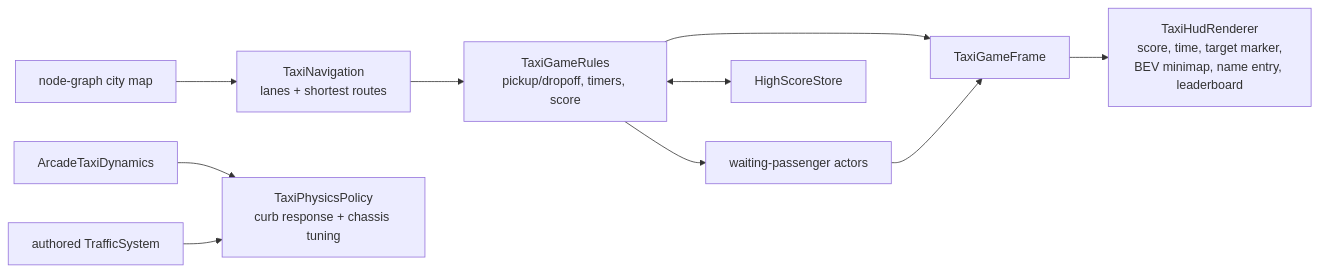
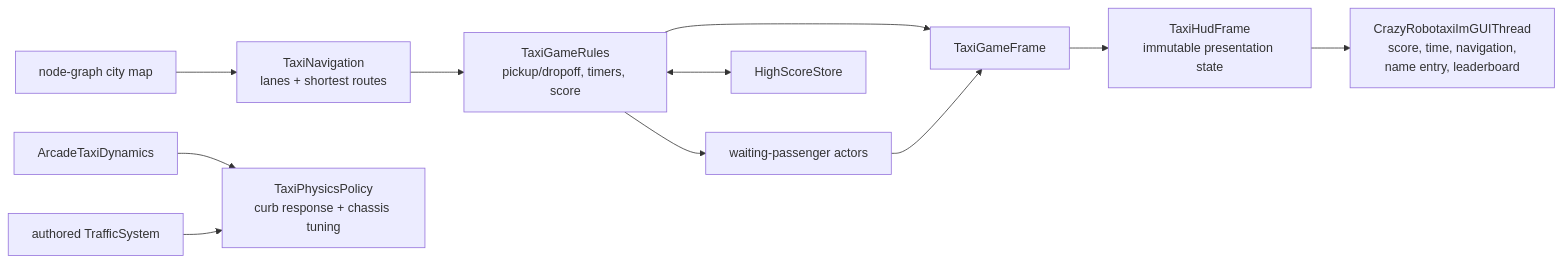
One commit to NVIDIA/flashdreams changed the fourth of 5 diagrams in docs/design/crazy_robotaxi_v2_architecture.md. Above: the diagram before and after it, drawn with Mermaid. The commit also changed other lines of this file and 15 other files, not shown here.

Commit message:
Move Crazy Robotaxi HUD to V2 ImGui UI

````diff
--- a/docs/design/crazy_robotaxi_v2_architecture.md
+++ b/docs/design/crazy_robotaxi_v2_architecture.md
@@ -190,21 +201,22 @@
 ```mermaid
 flowchart LR
     MAP["node-graph city map"]
     NAV["TaxiNavigation<br/>lanes + shortest routes"]
     FARES["TaxiGameRules<br/>pickup/dropoff, timers, score"]
     TAXI["ArcadeTaxiDynamics"]
     TAXIPHYS["TaxiPhysicsPolicy<br/>curb response + chassis tuning"]
     TRAFFIC["authored TrafficSystem"]
     PASSENGERS["waiting-passenger actors"]
     SCORES["HighScoreStore"]
     FRAME["TaxiGameFrame"]
-    HUD["TaxiHudRenderer<br/>score, time, target marker,<br/>BEV minimap, name entry, leaderboard"]
+    HUDSTATE["TaxiHudFrame<br/>immutable presentation state"]
+    IMGUI["CrazyRobotaxiImGUIThread<br/>score, time, navigation,<br/>name entry, leaderboard"]
 
     MAP --> NAV --> FARES
     TAXI --> TAXIPHYS
     TRAFFIC --> TAXIPHYS
     FARES --> PASSENGERS
     FARES <--> SCORES
-    FARES --> FRAME --> HUD
+    FARES --> FRAME --> HUDSTATE --> IMGUI
     PASSENGERS --> FRAME
 ```
````
